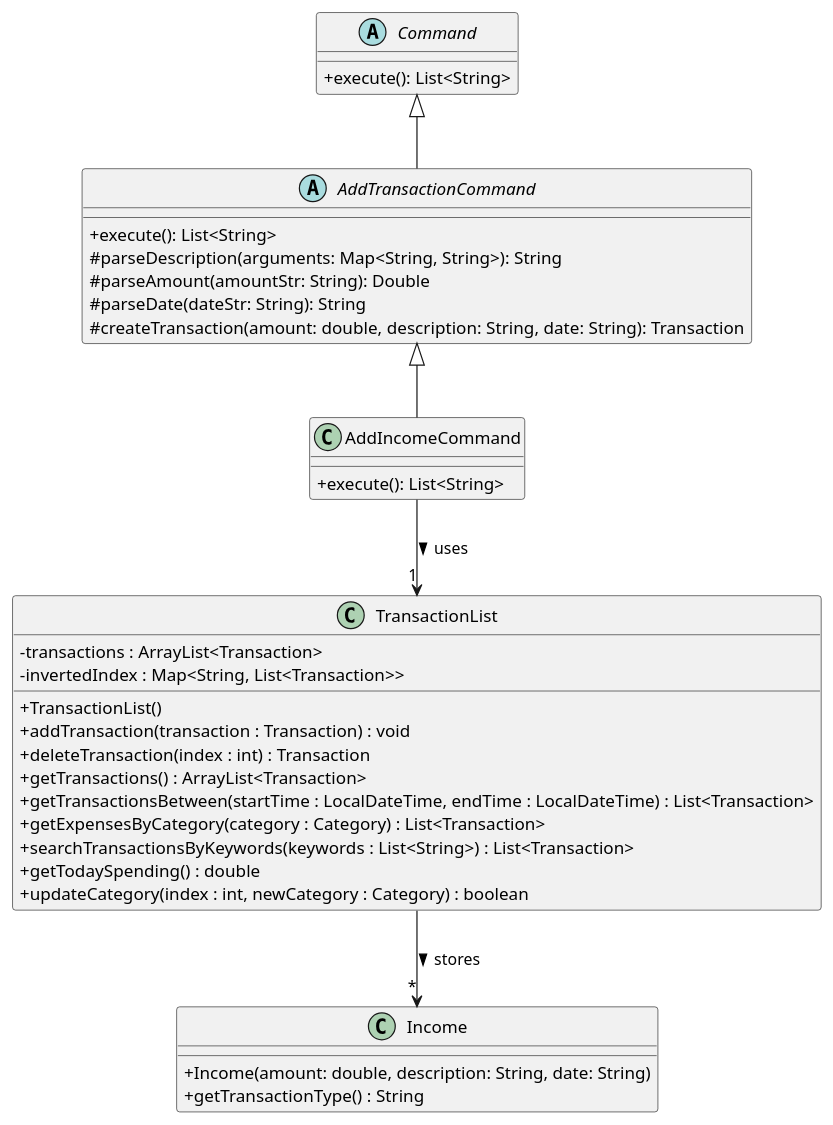
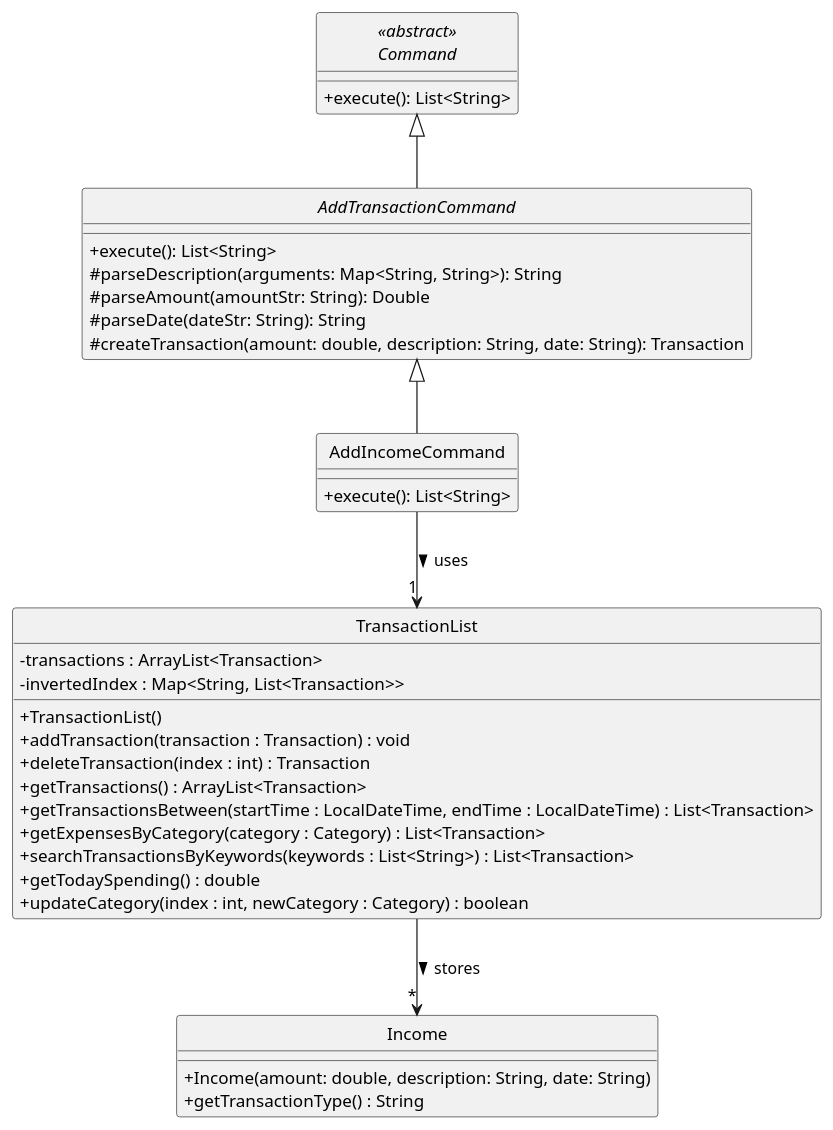
One commit to nus-cs2113-AY2425S1/tp changed the first of 2 diagrams in docs/plantUMLCode/addincomecommand-class-diagram.puml. Above: the diagram before and after it, drawn with PlantUML. The commit also changed 6 other files, not shown here.

Commit message:
Add diagrams

```diff
--- a/docs/plantUMLCode/addincomecommand-class-diagram.puml
+++ b/docs/plantUMLCode/addincomecommand-class-diagram.puml
@@ -1,44 +1,45 @@
 @startuml
 skinparam classAttributeIconSize 0
-abstract class Command {
+hide circle
+abstract class "<<abstract>>\nCommand" {
     + execute(): List<String>
 }
 
 abstract class AddTransactionCommand {
 
     + execute(): List<String>
     # parseDescription(arguments: Map<String, String>): String
     # parseAmount(amountStr: String): Double
     # parseDate(dateStr: String): String
     # createTransaction(amount: double, description: String, date: String): Transaction
 }
 
 class AddIncomeCommand {
     + execute(): List<String>
 }
 
 class TransactionList {
     - transactions : ArrayList<Transaction>
     - invertedIndex : Map<String, List<Transaction>>
 
     + TransactionList()
     + addTransaction(transaction : Transaction) : void
     + deleteTransaction(index : int) : Transaction
     + getTransactions() : ArrayList<Transaction>
     + getTransactionsBetween(startTime : LocalDateTime, endTime : LocalDateTime) : List<Transaction>
     + getExpensesByCategory(category : Category) : List<Transaction>
     + searchTransactionsByKeywords(keywords : List<String>) : List<Transaction>
     + getTodaySpending() : double
     + updateCategory(index : int, newCategory : Category) : boolean
 }
 
 class Income {
     + Income(amount: double, description: String, date: String)
     + getTransactionType() : String
 }
 
 AddTransactionCommand <|-- AddIncomeCommand
-Command <|-- AddTransactionCommand
+"<<abstract>>\nCommand" <|-- AddTransactionCommand
 AddIncomeCommand --> "1" TransactionList : uses >
 TransactionList --> "*" Income : stores >
 @enduml
```
